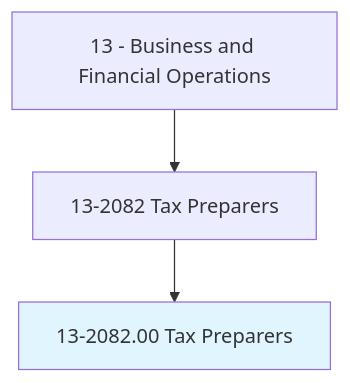
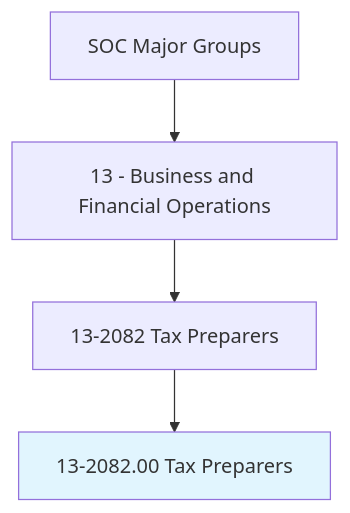
Before and after one commit to kziemski/business.org.ai: the first of 4 diagrams in occupations/Business/TaxPreparers.mdx, drawn with Mermaid. The commit also changed other lines of this file and 938 other files, not shown here.

````diff
--- a/occupations/Business/TaxPreparers.mdx
+++ b/occupations/Business/TaxPreparers.mdx
@@ -19,6 +25,7 @@
 ```mermaid
 graph TD
-    Cat13["13 - Business and Financial Operations"] --> Group132082["13-2082 Tax Preparers"]
-    Group132082 --> Current["13-2082.00 Tax Preparers"]
+    SOC["SOC Major Groups"] --> Cat13["13 - Business and Financial Operations"]
+    Cat13 --> G132082["13-2082 Tax Preparers"]
+    G132082 --> Current["13-2082.00 Tax Preparers"]
     style Current fill:#e1f5fe
 ```
````
